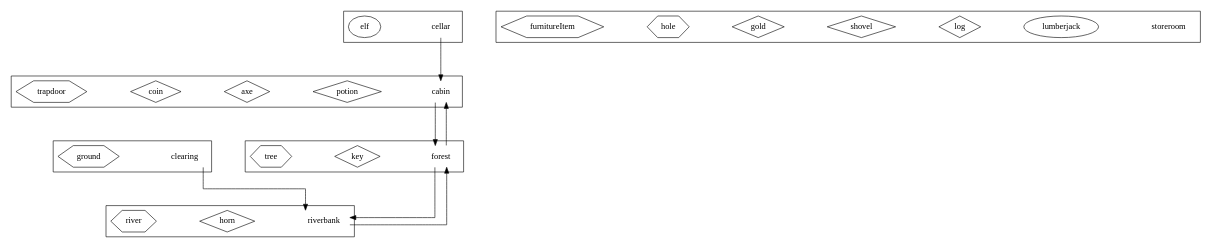
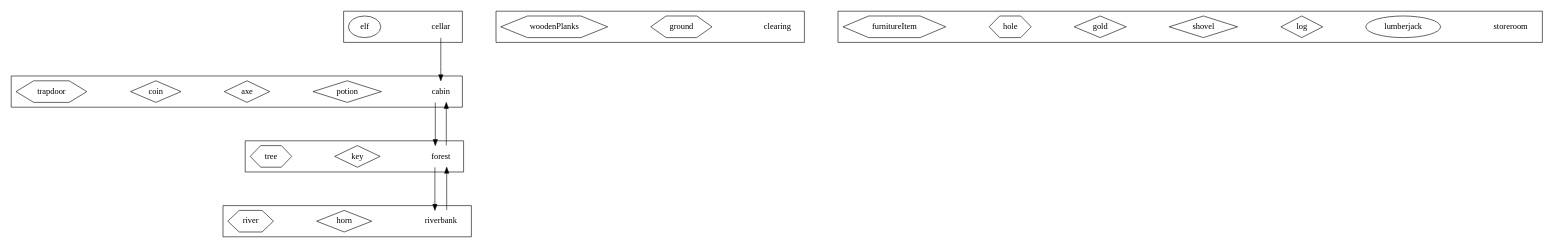
The diagram in cw-stag/config/extended-entities2.dot (SecretsAndLies/JAVA-CV-2023), drawn with Graphviz before and after one commit. The commit also changed 5 other files, not shown here.

```diff
--- a/cw-stag/config/extended-entities2.dot
+++ b/cw-stag/config/extended-entities2.dot
@@ -1,100 +1,100 @@
 digraph layout {
     /* ortho splines just makes the arrows into straight lines (rather than curvy ones !) */
     splines = ortho;
     /* space everything out a bit to make it easier to see (for larger models) */
     graph [ranksep="1" nodesep="1"];
     node [shape = "rect"];
 
     subgraph locations {
 
         subgraph cluster001 {
             node [shape = "none"];
             cabin [description = "A log cabin in the woods"];
             subgraph artefacts {
                 node [shape = "diamond"];
                 potion [description = "A bottle of magic potion"];
                 axe [description = "A razor sharp axe"];
                 coin [description = "A silver coin"];
             }
             subgraph furniture {
                 node [shape = "hexagon"];
                 trapdoor [description = "A locked wooden trapdoor in the floor"];
             }
         }
 
         subgraph cluster002 {
             node [shape = "none"];
             forest [description = "A deep dark forest"];
             subgraph artefacts {
                 node [shape = "diamond"];
                 key [description = "A rusty old key"];
             }
             subgraph furniture {
                 node [shape = "hexagon"];
                 tree [description = "A tall pine tree"];
             }
         }
 
         subgraph cluster003 {
             node [shape = "none"];
             cellar [description = "A dusty cellar"]
             subgraph characters {
                 node [shape = "ellipse"];
                 elf [description = "An angry looking Elf"];
             }
         }
 
         subgraph cluster004 {
             node [shape = "none"];
             riverbank [description = "A grassy riverbank"]
             subgraph artefacts {
                 node [shape = "diamond"];
                 horn [description = "An old brass horn"];
             }
             subgraph furniture {
                 node [shape = "hexagon"];
                 river [description = "A fast flowing river"];
             }
         }
 
         subgraph cluster005 {
             node [shape = "none"];
             clearing [description = "A clearing in the woods"]
             subgraph furniture {
                 node [shape = "hexagon"];
                 ground [description = "It looks like the soil has been recently disturbed"];
+                woodenPlanks [description = "A pile of wooden planks"];
             }
         }
 
         subgraph cluster999 {
             node [shape = "none"];
             storeroom [description = "Storage for any entities not placed in the game"]
             subgraph characters {
                 node [shape = "ellipse"];
                 lumberjack [description = "A burly wood cutter"];
             }
             subgraph artefacts {
                 node [shape = "diamond"];
                 log [description = "A heavy wooden log"];
                 shovel [description = "A sturdy shovel"];
                 gold [description = "A big pot of gold"];
             }
             subgraph furniture {
                 node [shape = "hexagon"];
                 hole [description = "A deep hole in the ground"];
                 furnitureItem [description = "An item of furniture"];
             }
         }
 
     }
 
     subgraph paths {
         cabin -> forest;
         forest -> cabin;
         cellar -> cabin;
         forest -> riverbank
         riverbank -> forest
-        clearing -> riverbank
     }
 
 }
```
